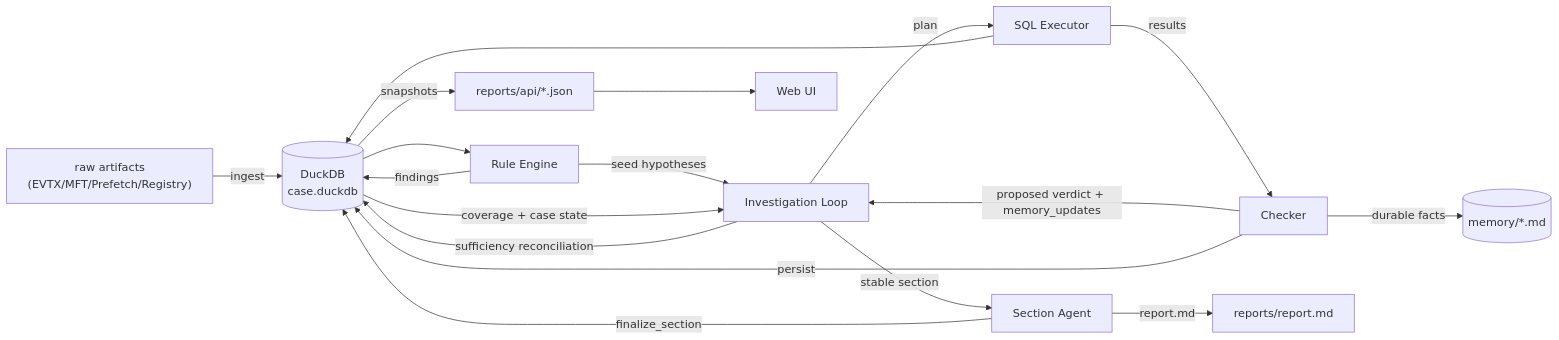
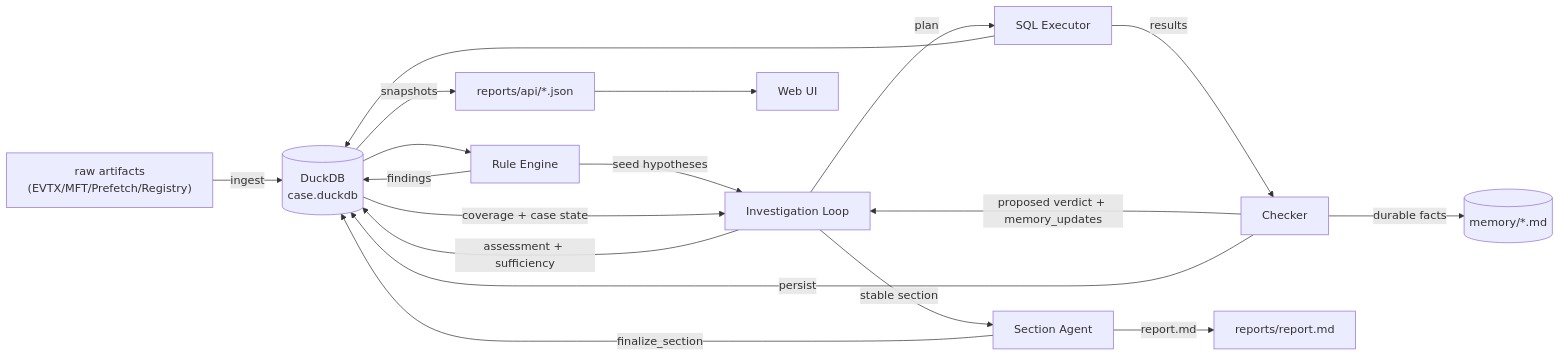
One commit to sumeshi/forensia changed the first of 4 diagrams in docs/architecture.md. Above: the diagram before and after it, drawn with Mermaid. The commit also changed other lines of this file and 6 other files, not shown here.

````diff
--- a/docs/architecture.md
+++ b/docs/architecture.md
@@ -14,20 +14,20 @@
 ```mermaid
 flowchart LR
     A["raw artifacts<br/>(EVTX/MFT/Prefetch/Registry)"] -->|ingest| B[("DuckDB<br/>case.duckdb")]
     B --> C[Rule Engine]
     C -->|findings| B
     C -->|seed hypotheses| H[Investigation Loop]
     B -->|coverage + case state| H
     H -->|plan| Q[SQL Executor]
     Q --> B
     Q -->|results| K[Checker]
     K -->|proposed verdict + memory_updates| H
-    H -->|sufficiency reconciliation| B
+    H -->|assessment + sufficiency| B
     K -->|persist| B
     K -->|durable facts| M[("memory/*.md")]
     H -->|stable section| R[Section Agent]
     R -->|finalize_section| B
     R -->|report.md| O["reports/report.md"]
     B -->|snapshots| S["reports/api/*.json"]
     S --> W["Web UI"]
 ```
````
